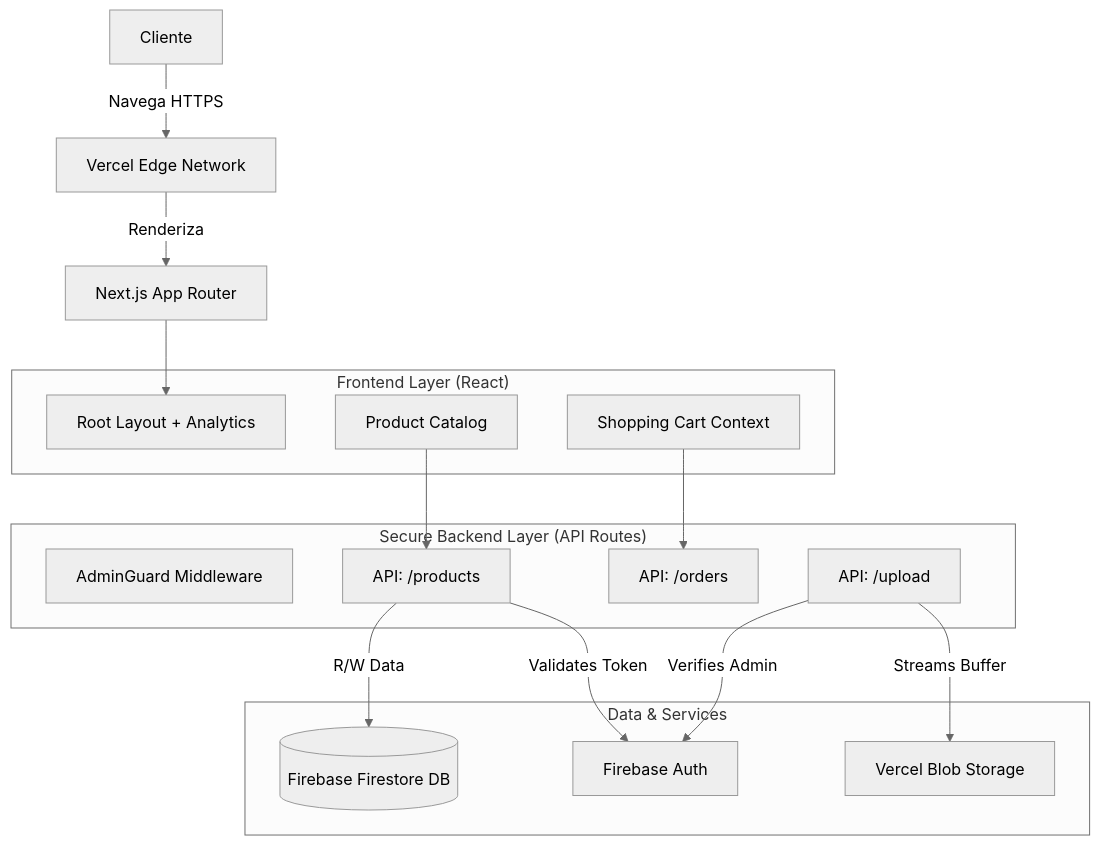
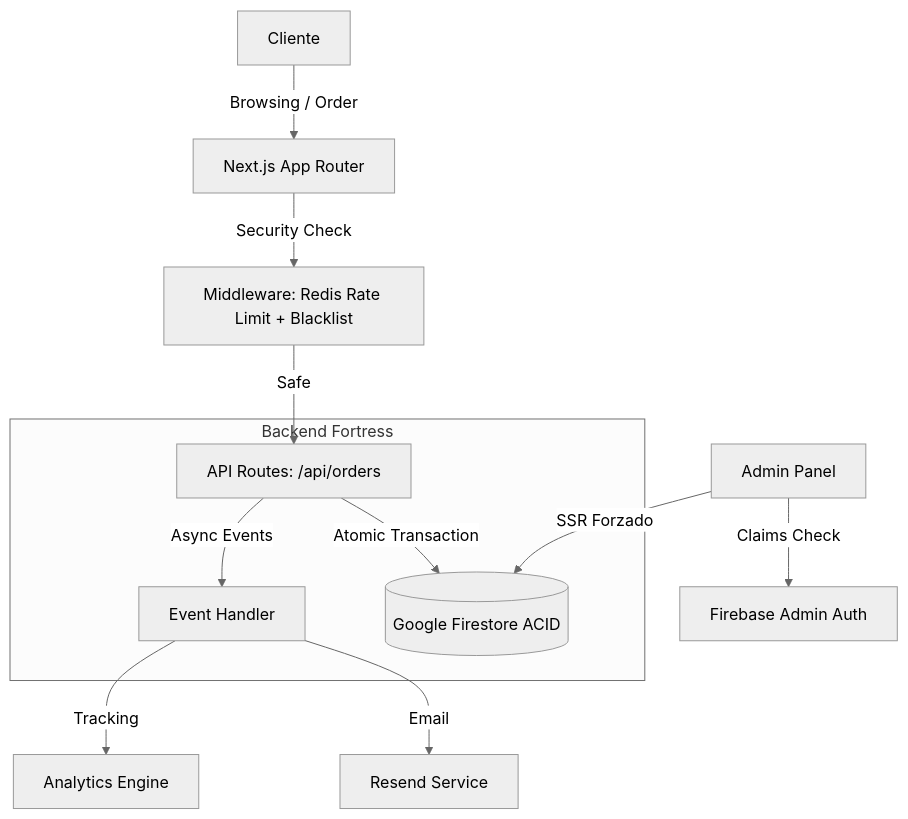
One commit to sthanfv/el-buen-corte- changed the diagram in docs/project_radiography.md. Above: the diagram before and after it, drawn with Mermaid (neutral theme). The commit also changed other lines of this file and 36 other files, not shown here.

Commit message:
feat: Add comprehensive documentation, new API routes, UI components, analytics, audit logging, and extensive testing with updated Firestore rules.

````diff
--- a/docs/project_radiography.md
+++ b/docs/project_radiography.md
@@ -24,34 +15,17 @@
 ```mermaid
 graph TD
-    User[Cliente] -->|Navega HTTPS| CDN[Vercel Edge Network]
-    CDN -->|Renderiza| Next[Next.js App Router]
+    User[Cliente] -->|Browsing / Order| Next[Next.js App Router]
+    Next -->|Security Check| Middleware[Middleware: Redis Rate Limit + Blacklist]
+    Middleware -->|Safe| API[API Routes: /api/orders]
     
-    subgraph "Frontend Layer (React)"
-        Layout[Root Layout + Analytics]
-        Page[Product Catalog]
-        Cart[Shopping Cart Context]
+    subgraph "Backend Fortress"
+        API -->|Atomic Transaction| Firestore[(Google Firestore ACID)]
+        API -->|Async Events| Handler[Event Handler]
     end
     
-    subgraph "Secure Backend Layer (API Routes)"
-        Auth[AdminGuard Middleware]
-        ProductsAPI[API: /products]
-        OrdersAPI[API: /orders]
-        UploadAPI[API: /upload]
-    end
+    Handler -->|Email| Resend[Resend Service]
+    Handler -->|Tracking| Analytics[Analytics Engine]
     
-    subgraph "Data & Services"
-        Firestore[(Firebase Firestore DB)]
-        Blob[Vercel Blob Storage]
-        AuthService[Firebase Auth]
-    end
-
-    Next --> Layout
-    Page --> ProductsAPI
-    Cart --> OrdersAPI
-    
-    ProductsAPI -->|Validates Token| AuthService
-    ProductsAPI -->|R/W Data| Firestore
-    
-    UploadAPI -->|Streams Buffer| Blob
-    UploadAPI -->|Verifies Admin| AuthService
+    Admin[Admin Panel] -->|SSR Forzado| Firestore
+    Admin -->|Claims Check| Auth[Firebase Admin Auth]
 ```
````
